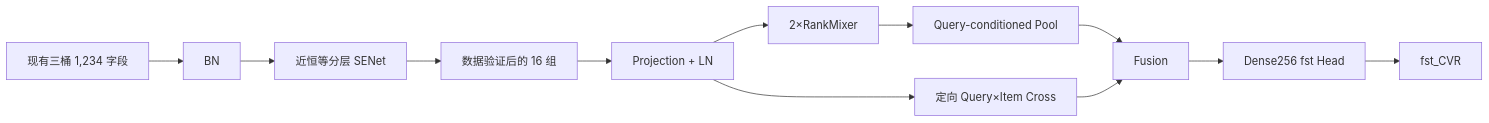
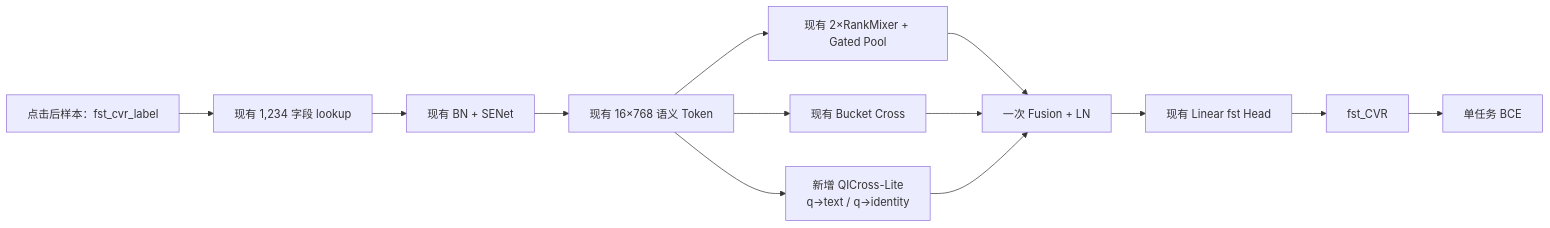
The fourth of 4 diagrams in introduce/rankmixer_v3_search_cvr_fst_auc_improvement.md (Bolt00Y/RAS), drawn with Mermaid before and after one commit. The commit also changed other lines of this file and 3 other files, not shown here.

````diff
--- a/introduce/rankmixer_v3_search_cvr_fst_auc_improvement.md
+++ b/introduce/rankmixer_v3_search_cvr_fst_auc_improvement.md
@@ -1072,14 +1276,15 @@
 ```mermaid
 flowchart LR
-    A["现有三桶 1,234 字段"] --> B["BN"]
-    B --> C["近恒等分层 SENet"]
-    C --> D["数据验证后的 16 组"]
-    D --> E["Projection + LN"]
-    E --> F["2×RankMixer"]
-    F --> G["Query-conditioned Pool"]
-    E --> X["定向 Query×Item Cross"]
-    G --> H["Fusion"]
-    X --> H
-    H --> I["Dense256 fst Head"]
-    I --> J["fst_CVR"]
+    A["点击后样本：fst_cvr_label"] --> B["现有 1,234 字段 lookup"]
+    B --> C["现有 BN + SENet"]
+    C --> D["现有 16×768 语义 Token"]
+    D --> M["现有 2×RankMixer + Gated Pool"]
+    D --> BC["现有 Bucket Cross"]
+    D --> QC["新增 QICross-Lite\nq→text / q→identity"]
+    M --> F["一次 Fusion + LN"]
+    BC --> F
+    QC --> F
+    F --> H["现有 Linear fst Head"]
+    H --> P["fst_CVR"]
+    P --> L["单任务 BCE"]
 ```
````
